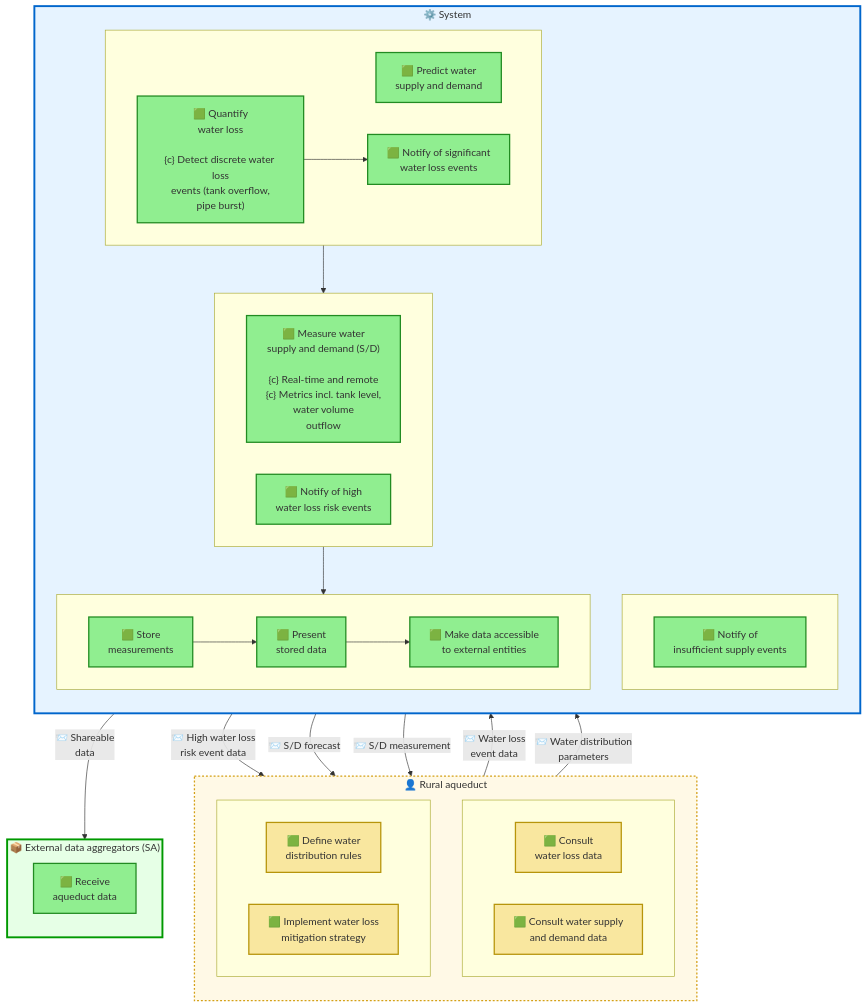
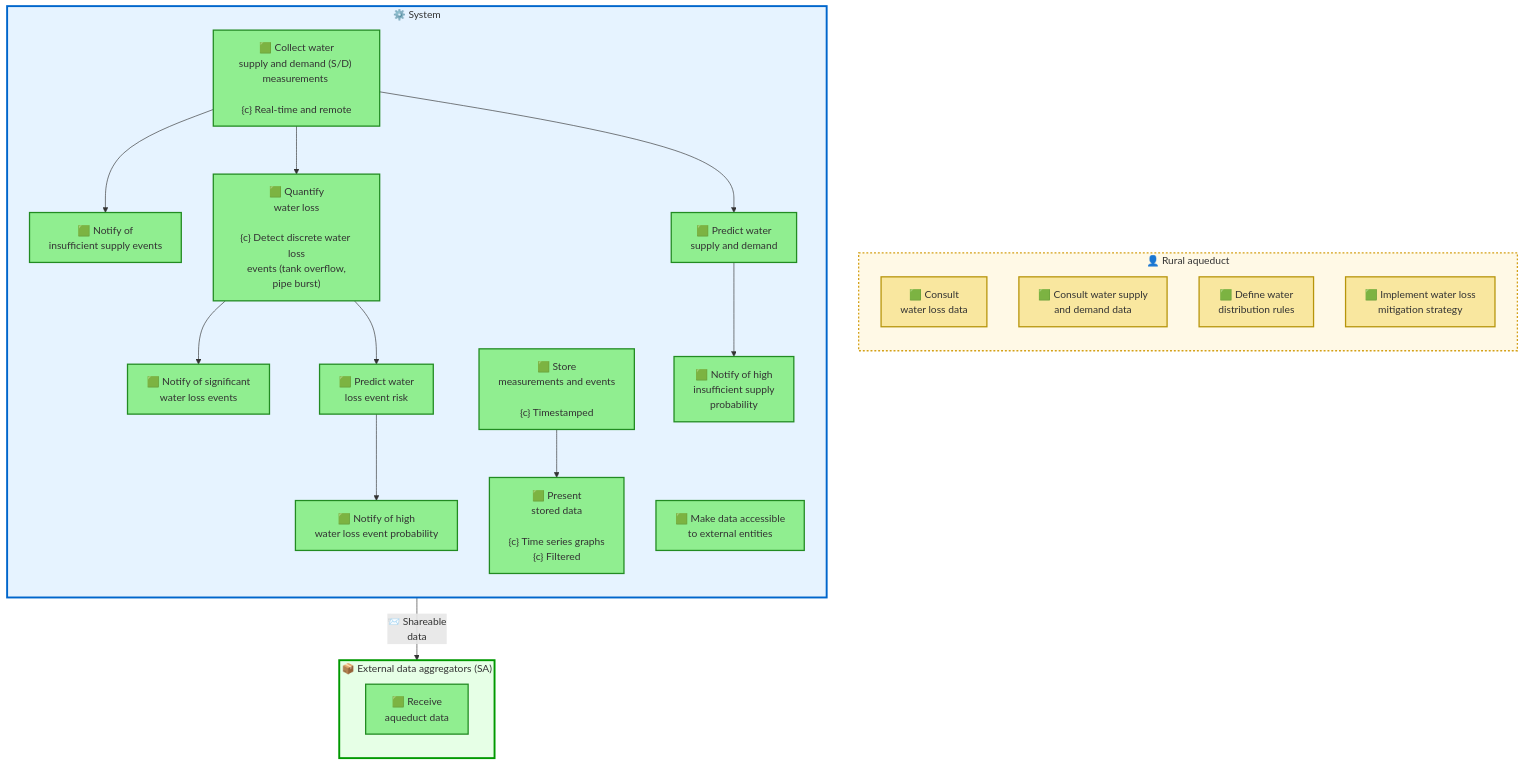
The diagram in se/system_architecture.mmd (DeltaLabo/ASADA_Paso_Ancho), drawn with Mermaid before and after one commit. The commit also changed 1 other file, not shown here.

```diff
--- a/se/system_architecture.mmd
+++ b/se/system_architecture.mmd
@@ -1,81 +1,57 @@
 flowchart TB
     subgraph RuralAqueductActors["👤 Rural aqueduct"]
         direction TB
         
-        subgraph ActorRow1[" "]
-            direction LR
-            F_CONSULT_WL["🟩 Consult<br/>water loss data"]
-            F_CONSULT_SD["🟩 Consult water supply<br/>and demand data"]
-        end
-        
-        subgraph ActorRow2[" "]
-            direction LR
-            F_DEF_DIST["🟩 Define water<br/>distribution rules"]
-            F_IMPL_WL_MIT["🟩 Implement water loss<br/>mitigation strategy"]
-        end
+        F_CONSULT_WL["🟩 Consult<br/>water loss data"]
+        F_CONSULT_SD["🟩 Consult water supply<br/>and demand data"]
+        F_DEF_DIST["🟩 Define water<br/>distribution rules"]
+        F_IMPL_WL_MIT["🟩 Implement water loss<br/>mitigation strategy"]
     end
 
     subgraph ExtDataAgg["📦 External data aggregators (SA)"]
         direction TB
         SF_ED1["🟩 Receive<br/>aqueduct data"]
     end
 
     subgraph RuralAqueductSystem["⚙️ System"]
         direction TB
 
-        subgraph Row2[" "]
-            direction LR
-            SF_AQ5["🟩 Notify of<br/>insufficient supply events"]
-        end
-
-        subgraph Row3[" "]
-            direction LR
-            SF_AQ6["🟩 Predict water<br/>supply and demand"]
-            SF_AQ7["🟩 Notify of significant<br/>water loss events"]
-            SF_AQ8["🟩 Quantify<br/>water loss<br/><br/>{c} Detect discrete water loss<br/>events (tank overflow,<br/>pipe burst)"]
-        end
-
-        subgraph Row4[" "]
-            direction LR
-            SF_AQ10["🟩 Measure water<br/>supply and demand (S/D)<br/><br/>{c} Real-time and remote<br/>{c} Metrics incl. tank level,<br/>water volume<br/>outflow"]
-            SF_AQ11["🟩 Notify of high<br/>water loss risk events"]
-        end
-
-        subgraph Row5[" "]
-            direction LR
-            SF_AQ13["🟩 Make data accessible<br/>to external entities"]
-            SF_AQ14["🟩 Present<br/>stored data"]
-            SF_AQ15["🟩 Store<br/>measurements"]
-        end
+        SF_AQ5["🟩 Notify of<br/>insufficient supply events"]
+        SF_AQ6["🟩 Predict water<br/>supply and demand"]
+        SF_AQ7["🟩 Notify of significant<br/>water loss events"]
+        SF_AQ8["🟩 Quantify<br/>water loss<br/><br/>{c} Detect discrete water loss<br/>events (tank overflow,<br/>pipe burst)"]
+        SF_AQ10["🟩 Collect water<br/>supply and demand (S/D) measurements <br/><br/>{c} Real-time and remote<br/>"]
+        SF_AQ11["🟩 Notify of high<br/>water loss event probability"]
+        SF_AQ12["🟩 Notify of high<br/>insufficient supply<br/> probability"]
+        SF_AQ13["🟩 Make data accessible<br/>to external entities"]
+        SF_AQ14["🟩 Present<br/>stored data<br/><br/>{c} Time series graphs<br/>{c} Filtered<br/>"]
+        SF_AQ15["🟩 Store<br/>measurements and events<br/><br/>{c} Timestamped"]
+        SF_AQ16["🟩 Predict water<br/>loss event risk"]
     end
-
-    %% Actor to System functional exchanges
-    F_CONSULT_WL -->|"📨 Water loss<br/>event data"| SF_AQ8
-    SF_AQ8 -->|"📨 High water loss<br/>risk event data"| F_CONSULT_WL
-    
-    F_CONSULT_SD -->|"📨 Water distribution<br/>parameters"| SF_AQ6
-    SF_AQ6 -->|"📨 S/D forecast"| F_CONSULT_SD
-    SF_AQ10 -->|"📨 S/D measurement"| F_CONSULT_SD
 
     %% External data aggregators exchange
     SF_AQ13 -->|"📨 Shareable<br/>data"| SF_ED1
 
     %% Internal System exchanges
     SF_AQ8 --> SF_AQ7
-    SF_AQ8 --> SF_AQ11
-    SF_AQ10 --> SF_AQ15
+    SF_AQ16 --> SF_AQ11
+
     SF_AQ15 --> SF_AQ14
-    SF_AQ14 --> SF_AQ13
+    SF_AQ10 --> SF_AQ6
+    SF_AQ10 --> SF_AQ8
+    SF_AQ10 --> SF_AQ5
+    SF_AQ6 --> SF_AQ12
+    SF_AQ8 --> SF_AQ16
 
     %% Styling
     classDef actorFunctionClass fill:#f9e79f,stroke:#b7950b,stroke-width:2px
     classDef systemFunctionClass fill:#90ee90,stroke:#228b22,stroke-width:2px
     classDef systemClass fill:#e6f3ff,stroke:#0066cc,stroke-width:3px
     classDef externalClass fill:#e6ffe6,stroke:#009900,stroke-width:3px
     classDef actorContainerClass fill:#fff9e6,stroke:#d4a017,stroke-width:2px,stroke-dasharray: 3 3
 
     class F_CONSULT_WL,F_CONSULT_SD,F_DEF_DIST,F_IMPL_WL_MIT actorFunctionClass
-    class SF_ED1,SF_AQ5,SF_AQ6,SF_AQ7,SF_AQ8,SF_AQ10,SF_AQ11,SF_AQ13,SF_AQ14,SF_AQ15 systemFunctionClass
+    class SF_ED1,SF_AQ5,SF_AQ6,SF_AQ7,SF_AQ8,SF_AQ10,SF_AQ11,SF_AQ12,SF_AQ13,SF_AQ14,SF_AQ15,SF_AQ16 systemFunctionClass
     class RuralAqueductSystem systemClass
     class ExtDataAgg externalClass
     class RuralAqueductActors actorContainerClass
```
